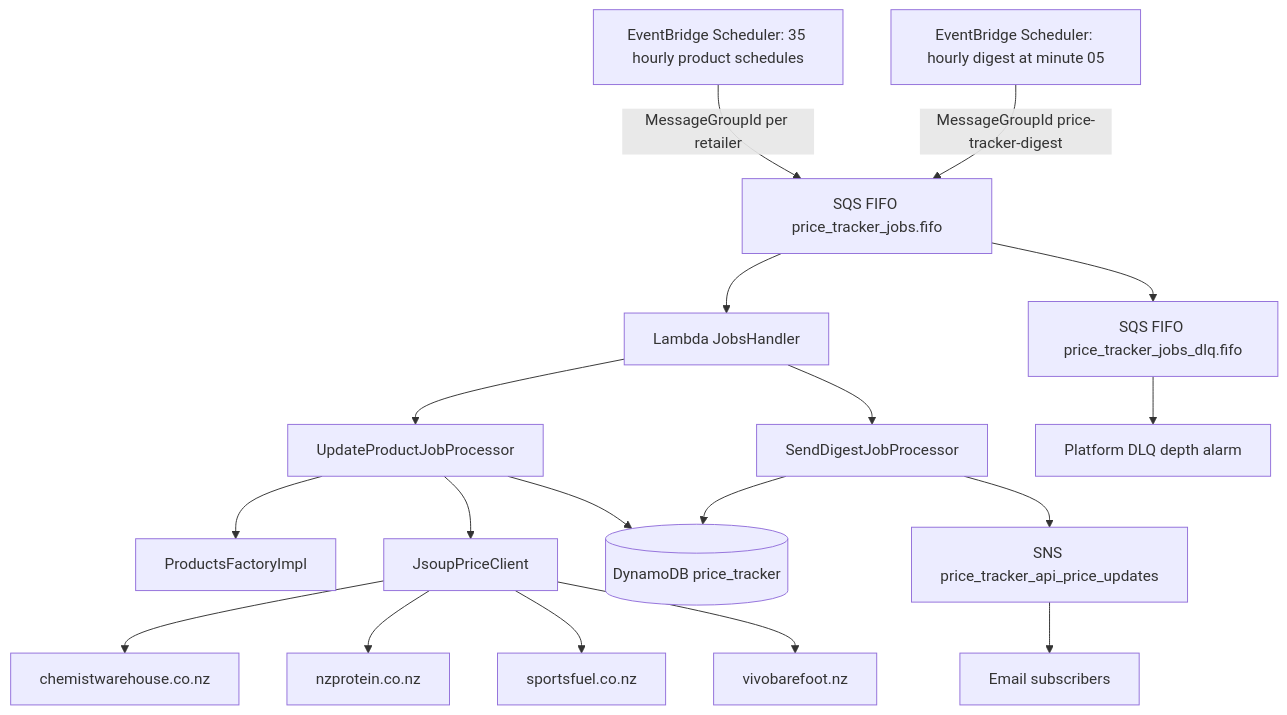
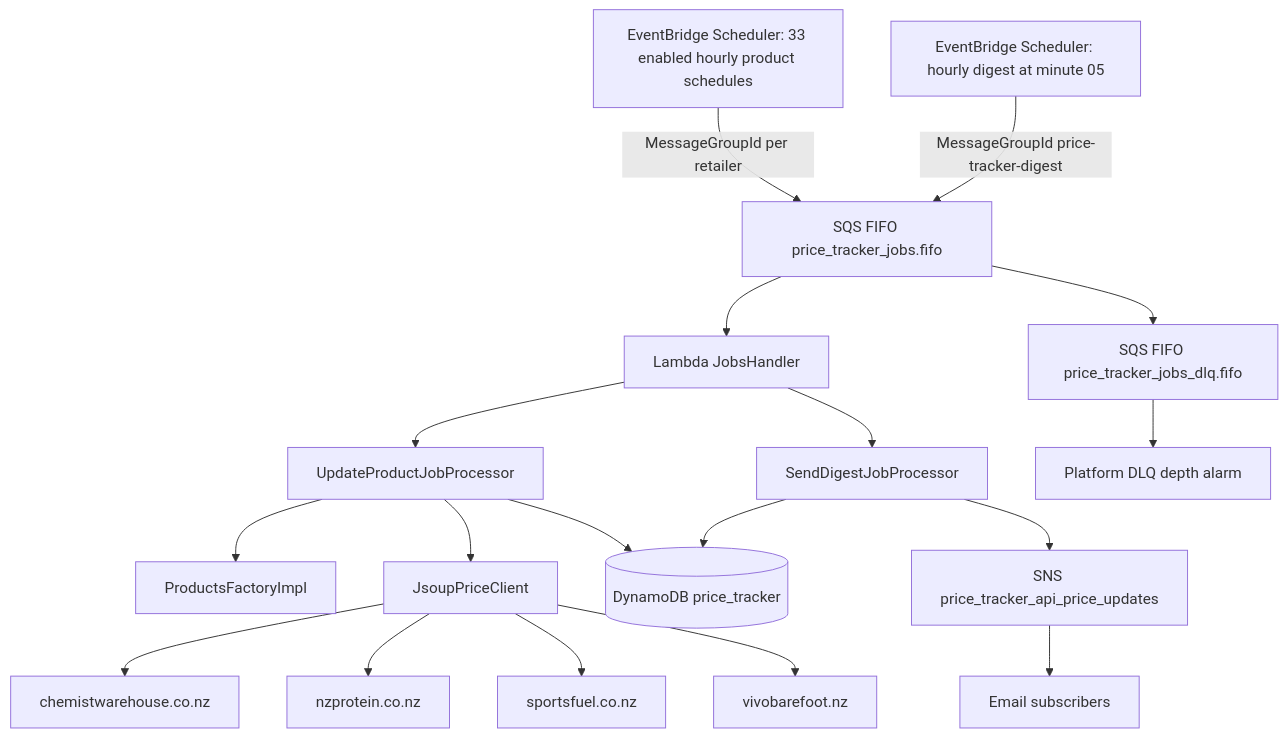
Before and after one commit to jordansimsmith/jordansimsmith-com: the first of 2 diagrams in price_tracker_api/README.md, drawn with Mermaid. The commit also changed other lines of this file and 1 other file, not shown here.

Commit message:
Pause Sportsfuel and Vivobarefoot price checks

````diff
--- a/price_tracker_api/README.md
+++ b/price_tracker_api/README.md
@@ -51,20 +53,20 @@
 ```mermaid
 flowchart TD
-  productSchedules[EventBridge Scheduler: 35 hourly product schedules] -->|MessageGroupId per retailer| jobsQueue[SQS FIFO price_tracker_jobs.fifo]
+  productSchedules[EventBridge Scheduler: 33 enabled hourly product schedules] -->|MessageGroupId per retailer| jobsQueue[SQS FIFO price_tracker_jobs.fifo]
   digestSchedule[EventBridge Scheduler: hourly digest at minute 05] -->|MessageGroupId price-tracker-digest| jobsQueue
   jobsQueue --> jobsHandler[Lambda JobsHandler]
   jobsHandler --> updateProcessor[UpdateProductJobProcessor]
   jobsHandler --> digestProcessor[SendDigestJobProcessor]
   updateProcessor --> productsFactory[ProductsFactoryImpl]
   updateProcessor --> priceClient[JsoupPriceClient]
   priceClient --> chemistWarehouse[chemistwarehouse.co.nz]
   priceClient --> nzProtein[nzprotein.co.nz]
   priceClient --> sportsfuel[sportsfuel.co.nz]
   priceClient --> vivobarefoot[vivobarefoot.nz]
   updateProcessor --> table[(DynamoDB price_tracker)]
   digestProcessor --> table
   digestProcessor --> snsTopic[SNS price_tracker_api_price_updates]
   snsTopic --> subscribers[Email subscribers]
   jobsQueue --> jobsDlq[SQS FIFO price_tracker_jobs_dlq.fifo]
   jobsDlq --> platformAlarm[Platform DLQ depth alarm]
 ```
````
